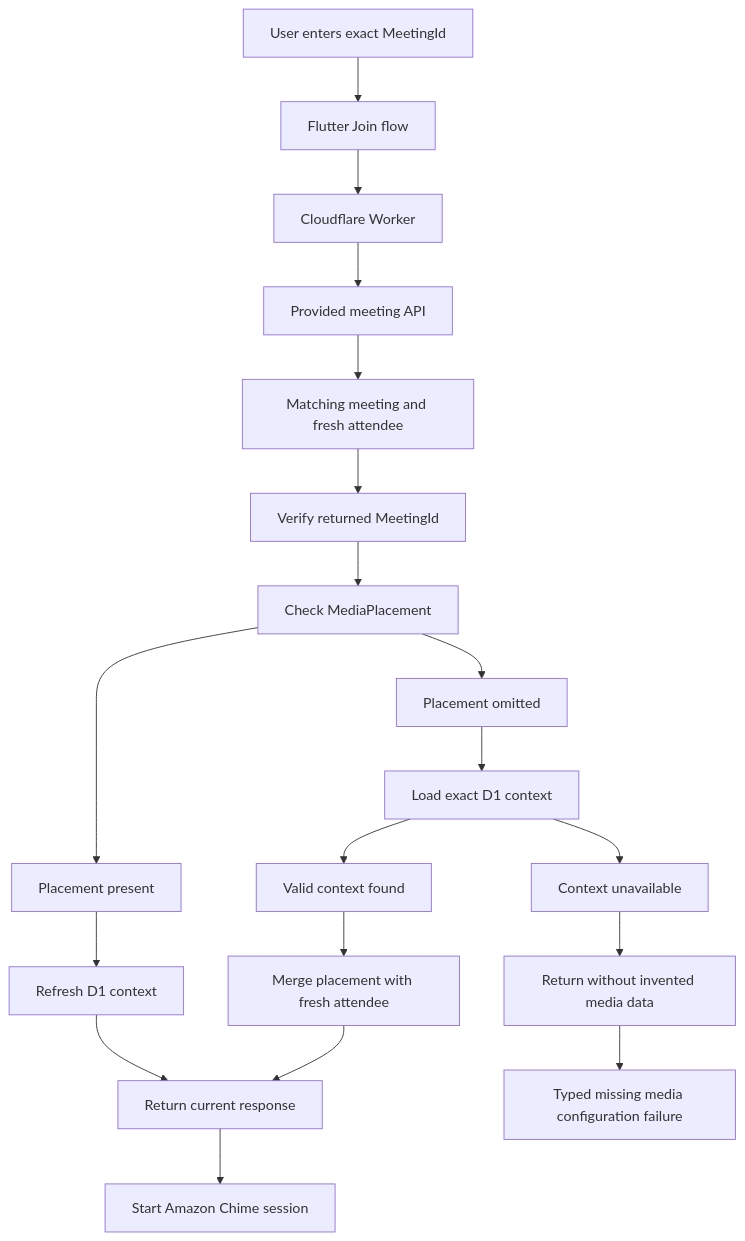
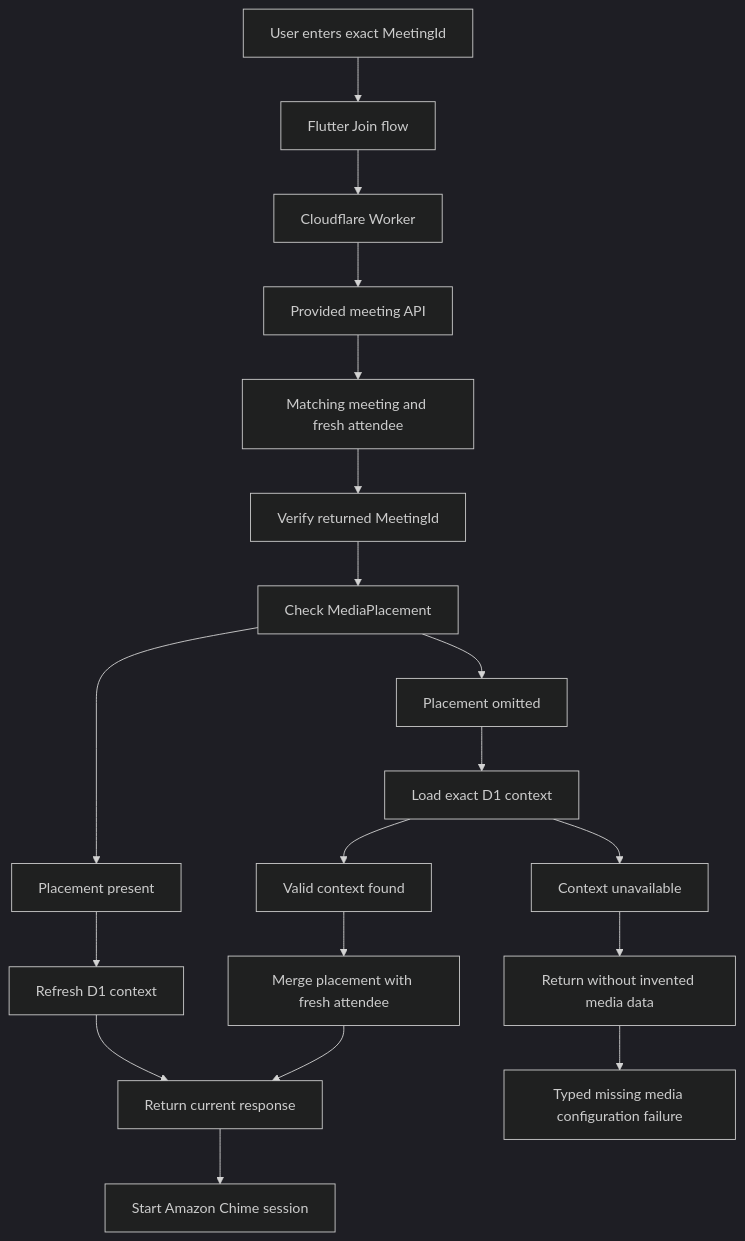
Before and after one commit to maharudraabhishek/chime_meeting_demo: the fifth of 10 diagrams in README.md, drawn with Mermaid. The commit also changed other lines of this file and 6 other files, not shown here.

````diff
--- a/README.md
+++ b/README.md
@@ -282,21 +358,22 @@
 ```mermaid
-flowchart TD
-    A[User enters exact MeetingId] --> B[Flutter Join flow]
-    B --> C[Cloudflare Worker]
-    C --> D[Provided meeting API]
-    D --> E[Matching meeting and fresh attendee]
-    E --> F[Verify returned MeetingId]
-    F --> G[Check MediaPlacement]
-    G --> H[Placement present]
-    H --> I[Refresh D1 context]
-    I --> J[Return current response]
-    G --> K[Placement omitted]
-    K --> L[Load exact D1 context]
-    L --> M[Valid context found]
-    M --> N[Merge placement with fresh attendee]
-    N --> J
-    L --> O[Context unavailable]
-    O --> P[Return without invented media data]
-    P --> Q[Typed missing media configuration failure]
-    J --> R[Start Amazon Chime session]
+%%{init: {"theme":"dark","darkMode":true}}%%
+graph TD;
+    A[User enters exact MeetingId] --> B[Flutter Join flow];
+    B --> C[Cloudflare Worker];
+    C --> D[Provided meeting API];
+    D --> E[Matching meeting and fresh attendee];
+    E --> F[Verify returned MeetingId];
+    F --> G[Check MediaPlacement];
+    G --> H[Placement present];
+    H --> I[Refresh D1 context];
+    I --> J[Return current response];
+    G --> K[Placement omitted];
+    K --> L[Load exact D1 context];
+    L --> M[Valid context found];
+    M --> N[Merge placement with fresh attendee];
+    N --> J;
+    L --> O[Context unavailable];
+    O --> P[Return without invented media data];
+    P --> Q[Typed missing media configuration failure];
+    J --> R[Start Amazon Chime session];
 ```
````
